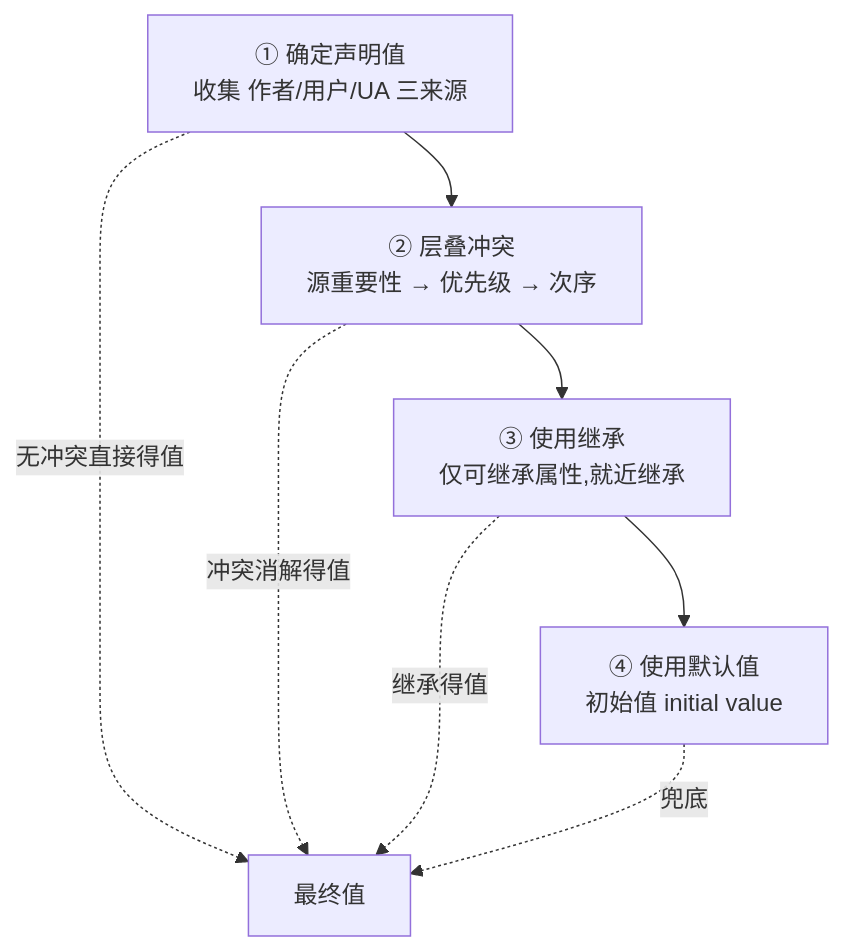
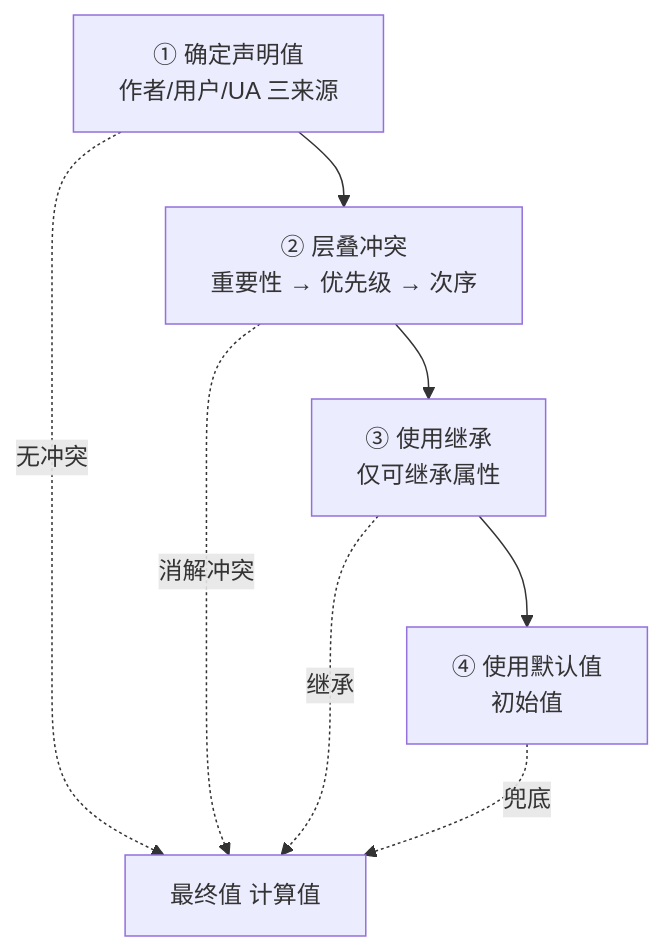
One commit to inspire-man/frontend-knowledge-base changed the diagram in frontend-knowledge-base/卷三-HTML与CSS/3.5-CSS级联与属性计算.md. Above: the diagram before and after it, drawn with Mermaid. The commit also changed other lines of this file and 2 other files, not shown here.

````diff
--- a/frontend-knowledge-base/卷三-HTML与CSS/3.5-CSS级联与属性计算.md
+++ b/frontend-knowledge-base/卷三-HTML与CSS/3.5-CSS级联与属性计算.md
@@ -16,10 +16,10 @@
 ```mermaid
 flowchart TD
-    A["① 确定声明值<br/>收集 作者/用户/UA 三来源"] --> B["② 层叠冲突<br/>源重要性 → 优先级 → 次序"]
-    B --> C["③ 使用继承<br/>仅可继承属性,就近继承"]
-    C --> D["④ 使用默认值<br/>初始值 initial value"]
-    A -.->|无冲突直接得值| E[最终值]
-    B -.->|冲突消解得值| E
-    C -.->|继承得值| E
+    A["① 确定声明值<br/>作者/用户/UA 三来源"] --> B["② 层叠冲突<br/>重要性 → 优先级 → 次序"]
+    B --> C["③ 使用继承<br/>仅可继承属性"]
+    C --> D["④ 使用默认值<br/>初始值"]
+    A -.->|无冲突| E[最终值 计算值]
+    B -.->|消解冲突| E
+    C -.->|继承| E
     D -.->|兜底| E
 ```
````
